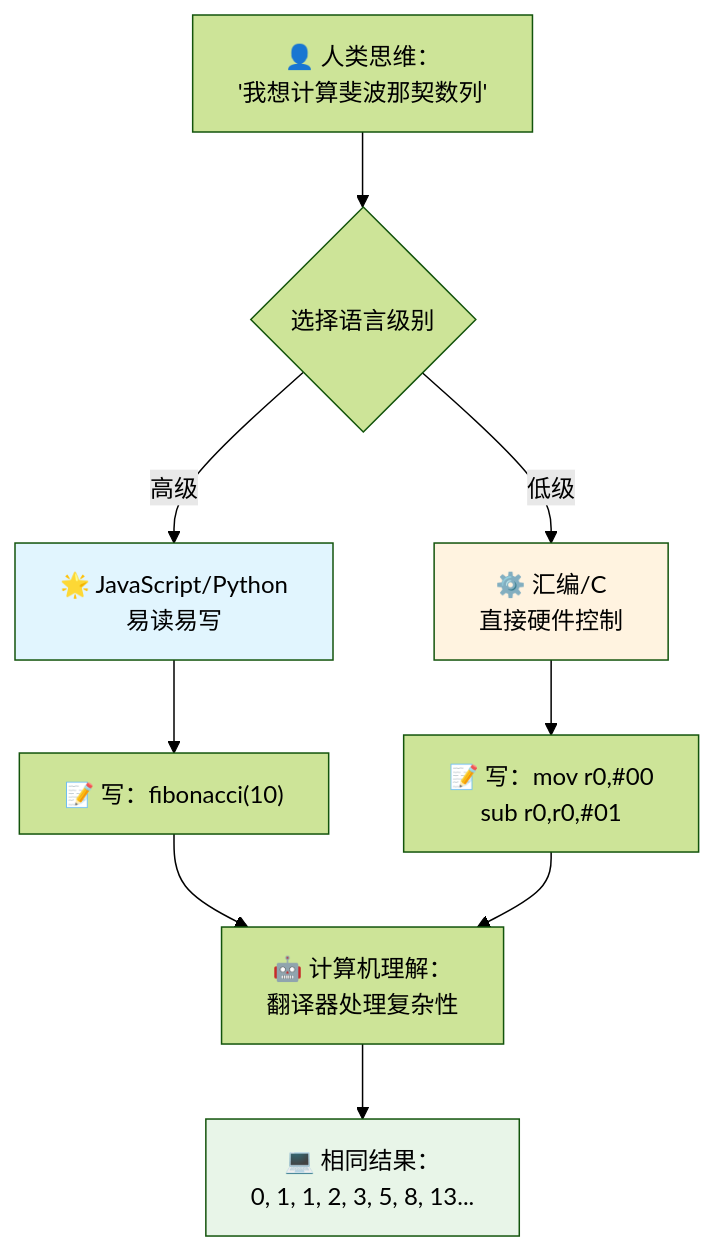
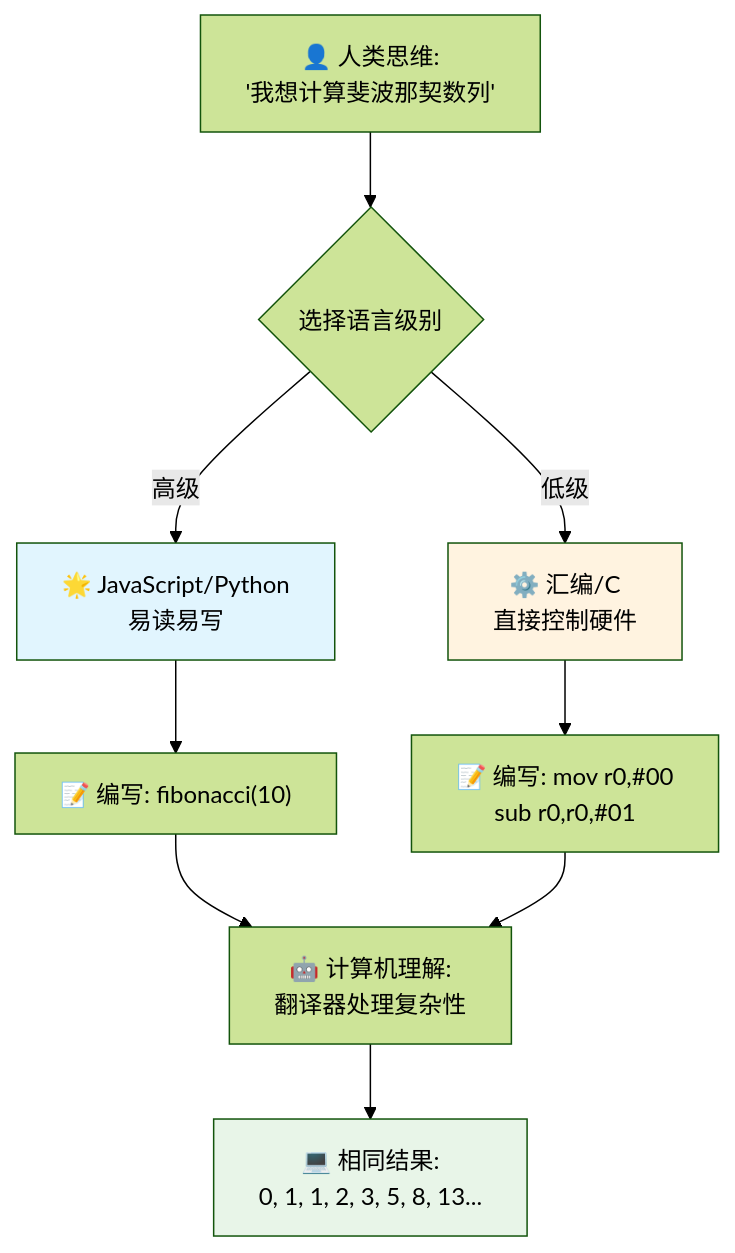
One commit to microsoft/Web-Dev-For-Beginners changed the third of 7 diagrams in translations/zh-CN/1-getting-started-lessons/1-intro-to-programming-languages/README.md. Above: the diagram before and after it, drawn with Mermaid (forest theme). The commit also changed other lines of this file and 11 other files, not shown here.

````diff
--- a/translations/zh-CN/1-getting-started-lessons/1-intro-to-programming-languages/README.md
+++ b/translations/zh-CN/1-getting-started-lessons/1-intro-to-programming-languages/README.md
@@ -147,19 +149,19 @@
 ```mermaid
 flowchart TB
-    A["👤 人类思维：<br/>'我想计算斐波那契数列'"] --> B{选择语言级别}
+    A["👤 人类思维:<br/>'我想计算斐波那契数列'"] --> B{选择语言级别}
     
     B -->|高级| C["🌟 JavaScript/Python<br/>易读易写"]
-    B -->|低级| D["⚙️ 汇编/C<br/>直接硬件控制"]
+    B -->|低级| D["⚙️ 汇编/C<br/>直接控制硬件"]
     
-    C --> E["📝 写：fibonacci(10)"]
-    D --> F["📝 写：mov r0,#00<br/>sub r0,r0,#01"]
+    C --> E["📝 编写: fibonacci(10)"]
+    D --> F["📝 编写: mov r0,#00<br/>sub r0,r0,#01"]
     
-    E --> G["🤖 计算机理解：<br/>翻译器处理复杂性"]
+    E --> G["🤖 计算机理解:<br/>翻译器处理复杂性"]
     F --> G
     
-    G --> H["💻 相同结果：<br/>0, 1, 1, 2, 3, 5, 8, 13..."]
+    G --> H["💻 相同结果:<br/>0, 1, 1, 2, 3, 5, 8, 13..."]
     
     style C fill:#e1f5fe
     style D fill:#fff3e0
     style H fill:#e8f5e8
 ```
````
